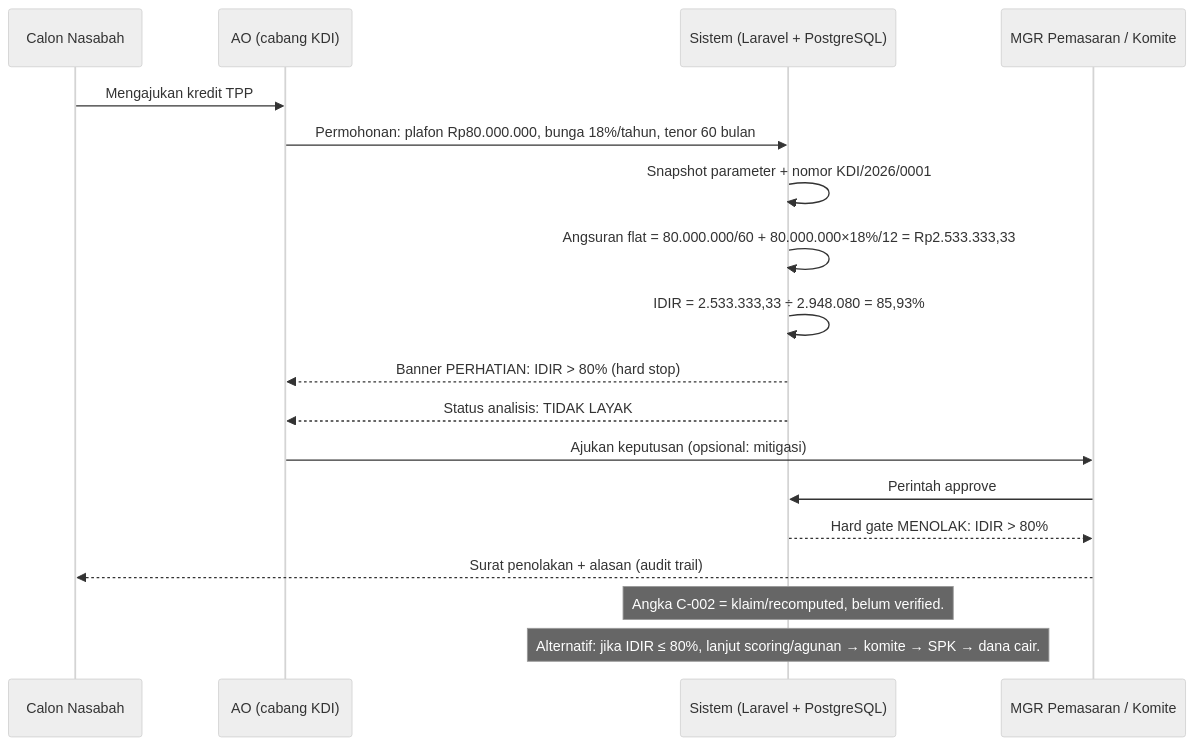
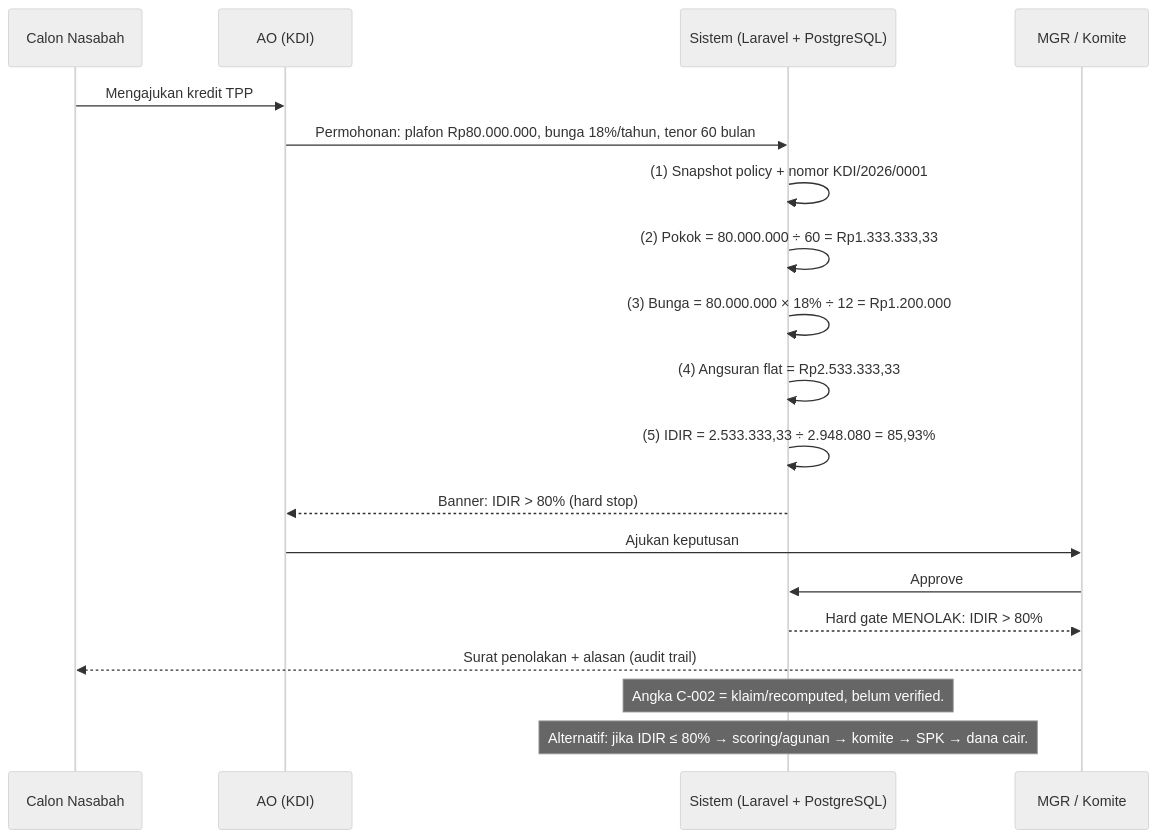
Before and after one commit to FiyyaLisanaDeV/awkward-credit: the third of 3 diagrams in docs/FLOW-PROSES-KREDIT.md, drawn with Mermaid (neutral theme). The commit also changed other lines of this file and 1 other file, not shown here.

First line of the commit message:
docs(flow): redesign diagram 3 lapis tanpa mengurangi flow

````diff
--- a/docs/FLOW-PROSES-KREDIT.md
+++ b/docs/FLOW-PROSES-KREDIT.md
@@ -88,21 +99,22 @@
 ```mermaid
 sequenceDiagram
   participant N as Calon Nasabah
-  participant AO as AO (cabang KDI)
+  participant AO as AO (KDI)
   participant S as Sistem (Laravel + PostgreSQL)
-  participant M as MGR Pemasaran / Komite
+  participant M as MGR / Komite
 
   N->>AO: Mengajukan kredit TPP
   AO->>S: Permohonan: plafon Rp80.000.000, bunga 18%/tahun, tenor 60 bulan
-  S->>S: Snapshot parameter + nomor KDI/2026/0001
-  S->>S: Angsuran flat = 80.000.000/60 + 80.000.000×18%/12 = Rp2.533.333,33
-  S->>S: IDIR = 2.533.333,33 ÷ 2.948.080 = 85,93%
-  S-->>AO: Banner PERHATIAN: IDIR > 80% (hard stop)
-  S-->>AO: Status analisis: TIDAK LAYAK
-  AO->>M: Ajukan keputusan (opsional: mitigasi)
-  M->>S: Perintah approve
+  S->>S: (1) Snapshot policy + nomor KDI/2026/0001
+  S->>S: (2) Pokok = 80.000.000 ÷ 60 = Rp1.333.333,33
+  S->>S: (3) Bunga = 80.000.000 × 18% ÷ 12 = Rp1.200.000
+  S->>S: (4) Angsuran flat = Rp2.533.333,33
+  S->>S: (5) IDIR = 2.533.333,33 ÷ 2.948.080 = 85,93%
+  S-->>AO: Banner: IDIR > 80% (hard stop)
+  AO->>M: Ajukan keputusan
+  M->>S: Approve
   S-->>M: Hard gate MENOLAK: IDIR > 80%
   M-->>N: Surat penolakan + alasan (audit trail)
   Note over S: Angka C-002 = klaim/recomputed, belum verified.
-  Note over S: Alternatif: jika IDIR ≤ 80%, lanjut scoring/agunan → komite → SPK → dana cair.
+  Note over S: Alternatif: jika IDIR ≤ 80% → scoring/agunan → komite → SPK → dana cair.
 ```
````
